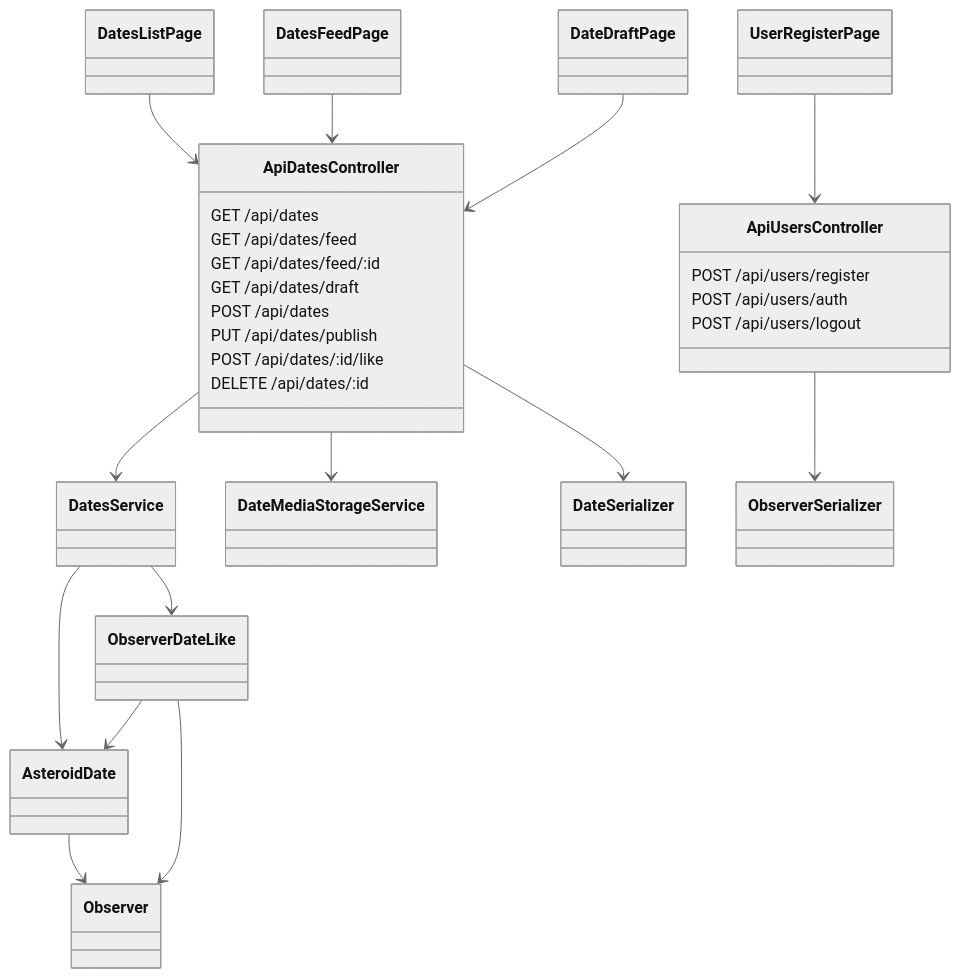
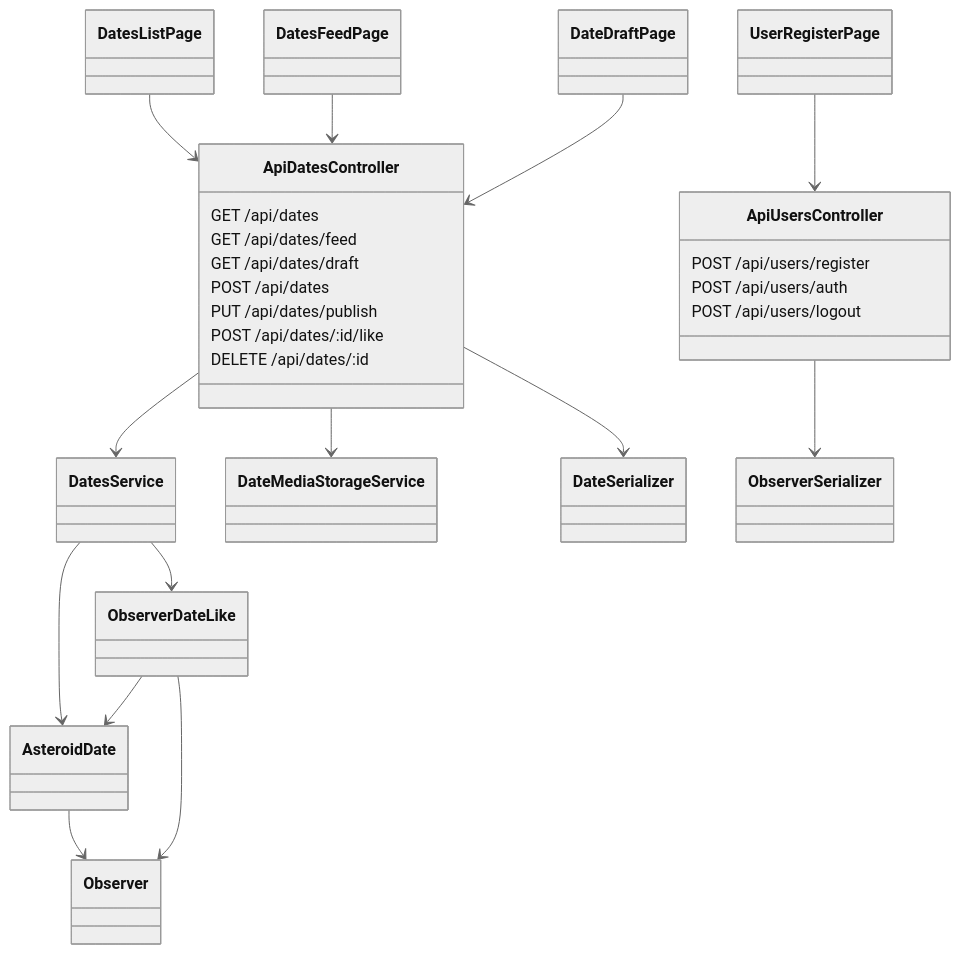
One commit to DariaProsviriakova/web_backend_asteroids changed the diagram in README.md. Above: the diagram before and after it, drawn with Mermaid (neutral theme). The commit also changed other lines of this file and 8 other files, not shown here.

Commit message:
Add lab 3 dates web service API

````diff
--- a/README.md
+++ b/README.md
@@ -95,48 +94,47 @@
 ```mermaid
 classDiagram
   class DatesListPage
   class DatesFeedPage
   class DateDraftPage
   class UserRegisterPage
 
   class ApiDatesController {
     GET /api/dates
     GET /api/dates/feed
-    GET /api/dates/feed/:id
     GET /api/dates/draft
     POST /api/dates
     PUT /api/dates/publish
     POST /api/dates/:id/like
     DELETE /api/dates/:id
   }
 
   class ApiUsersController {
     POST /api/users/register
     POST /api/users/auth
     POST /api/users/logout
   }
 
   class DatesService
   class DateMediaStorageService
   class AsteroidDate
   class Observer
   class ObserverDateLike
   class DateSerializer
   class ObserverSerializer
 
   DatesListPage --> ApiDatesController
   DatesFeedPage --> ApiDatesController
   DateDraftPage --> ApiDatesController
   UserRegisterPage --> ApiUsersController
 
   ApiDatesController --> DatesService
   ApiDatesController --> DateMediaStorageService
   ApiDatesController --> DateSerializer
   ApiUsersController --> ObserverSerializer
 
   DatesService --> AsteroidDate
   DatesService --> ObserverDateLike
   AsteroidDate --> Observer
   ObserverDateLike --> AsteroidDate
   ObserverDateLike --> Observer
 ```
````
